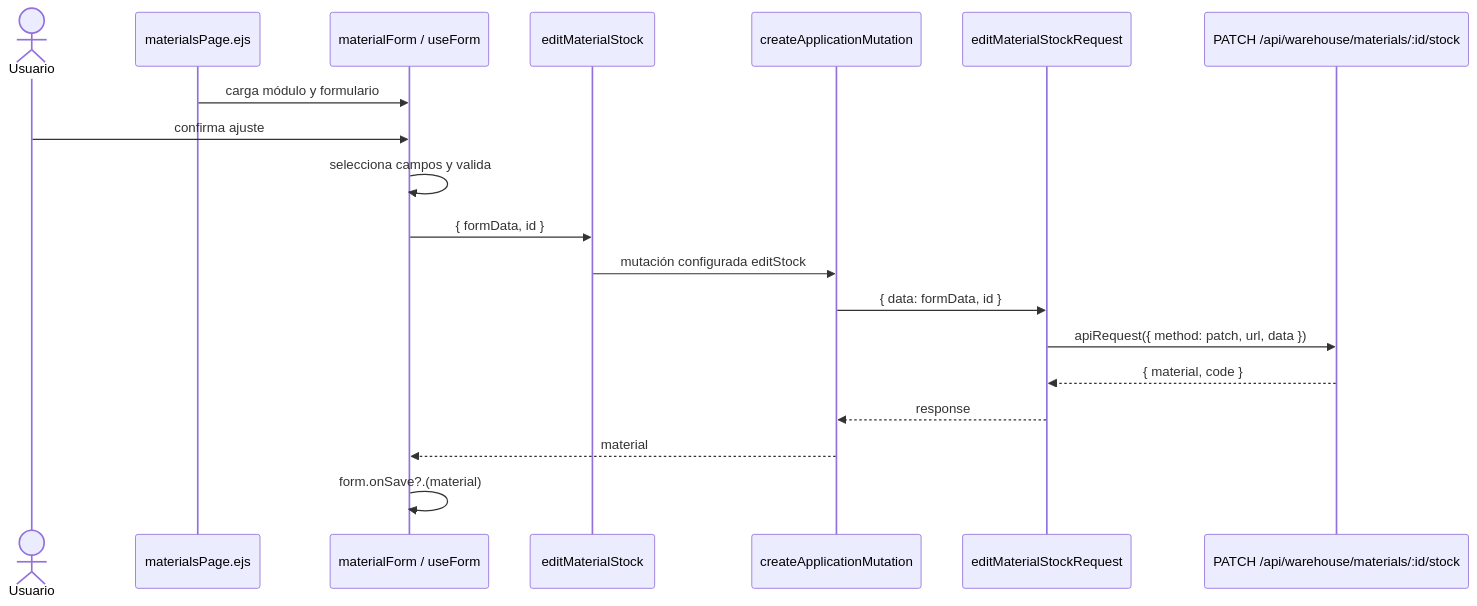
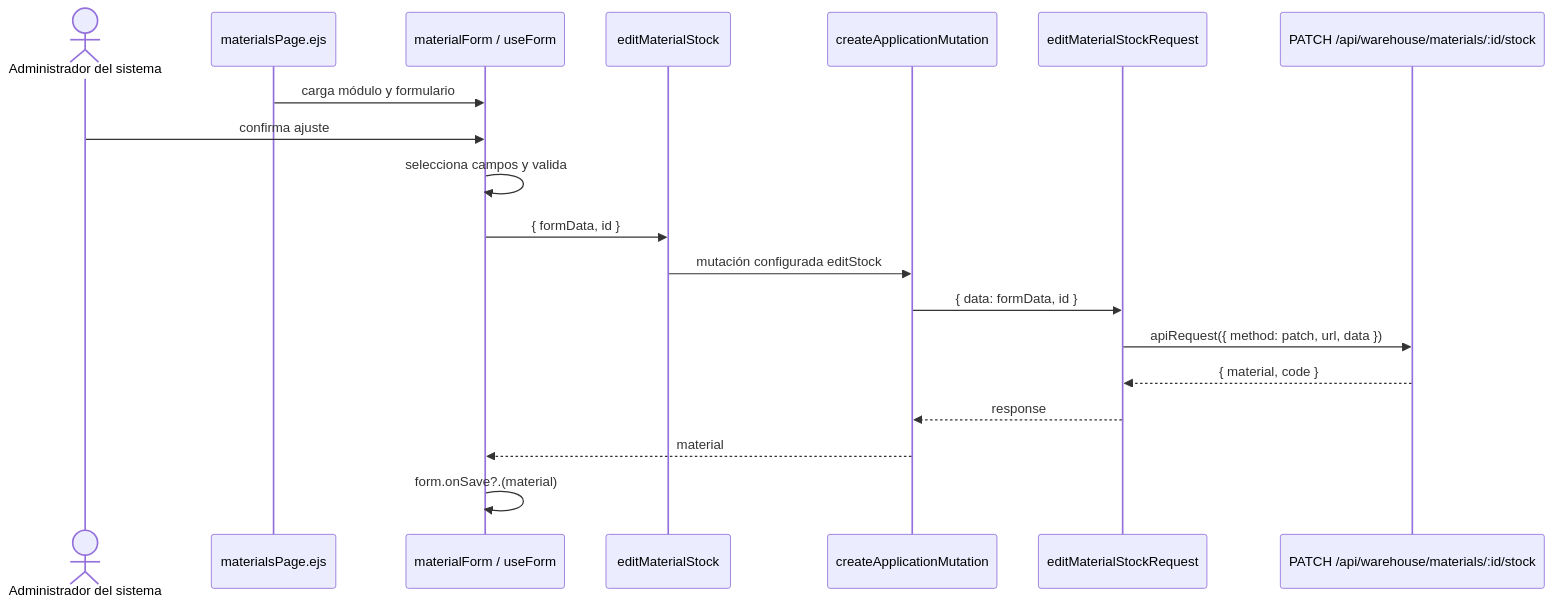
Before and after one commit to gpgsistemas01/nexus: the sixth of 6 diagrams in docs/architecture/frontend-technical-documentation.md, drawn with Mermaid. The commit also changed other lines of this file and 12 other files, not shown here.

Commit message:
docs: diagram every frontend and backend use case

````diff
--- a/docs/architecture/frontend-technical-documentation.md
+++ b/docs/architecture/frontend-technical-documentation.md
@@ -275,22 +348,22 @@
 ```mermaid
 sequenceDiagram
-    actor User as Usuario
+    actor User as Administrador del sistema
     participant EJS as materialsPage.ejs
     participant Form as materialForm / useForm
     participant App as editMaterialStock
     participant Factory as createApplicationMutation
     participant Request as editMaterialStockRequest
     participant API as PATCH /api/warehouse/materials/:id/stock
 
     EJS->>Form: carga módulo y formulario
     User->>Form: confirma ajuste
     Form->>Form: selecciona campos y valida
     Form->>App: { formData, id }
     App->>Factory: mutación configurada editStock
     Factory->>Request: { data: formData, id }
     Request->>API: apiRequest({ method: patch, url, data })
     API-->>Request: { material, code }
     Request-->>Factory: response
     Factory-->>Form: material
     Form->>Form: form.onSave?.(material)
 ```
````
